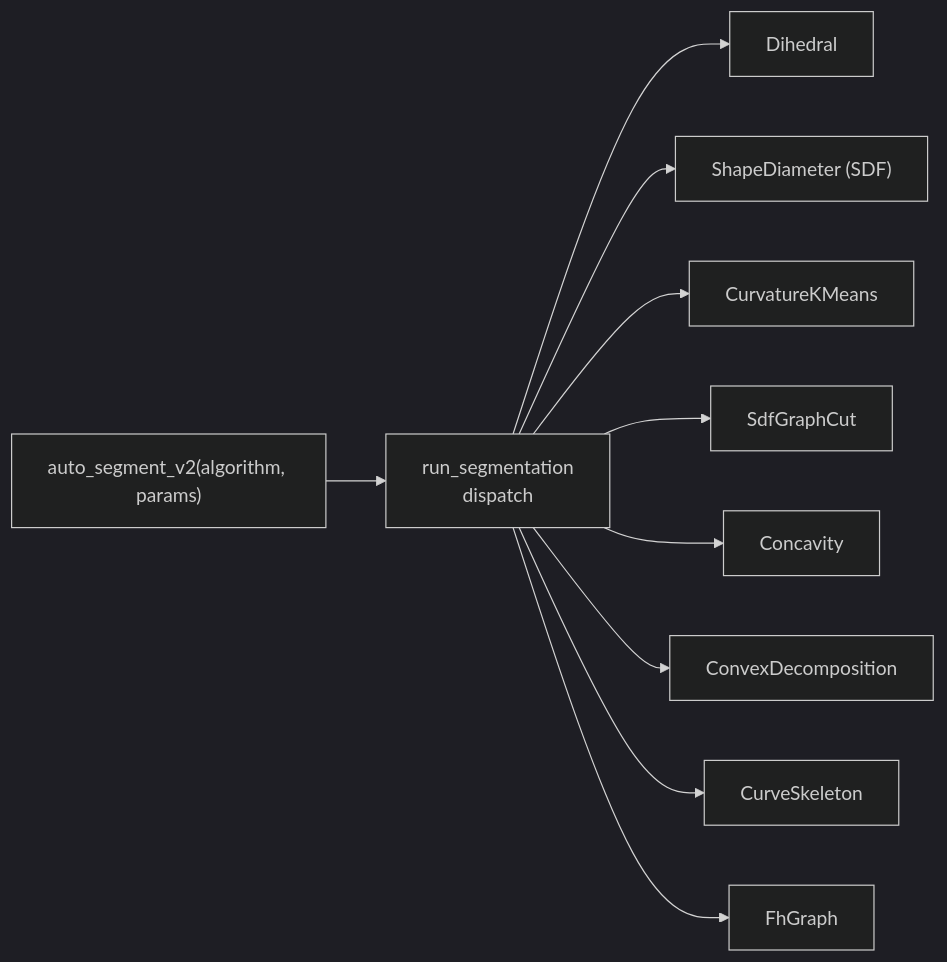
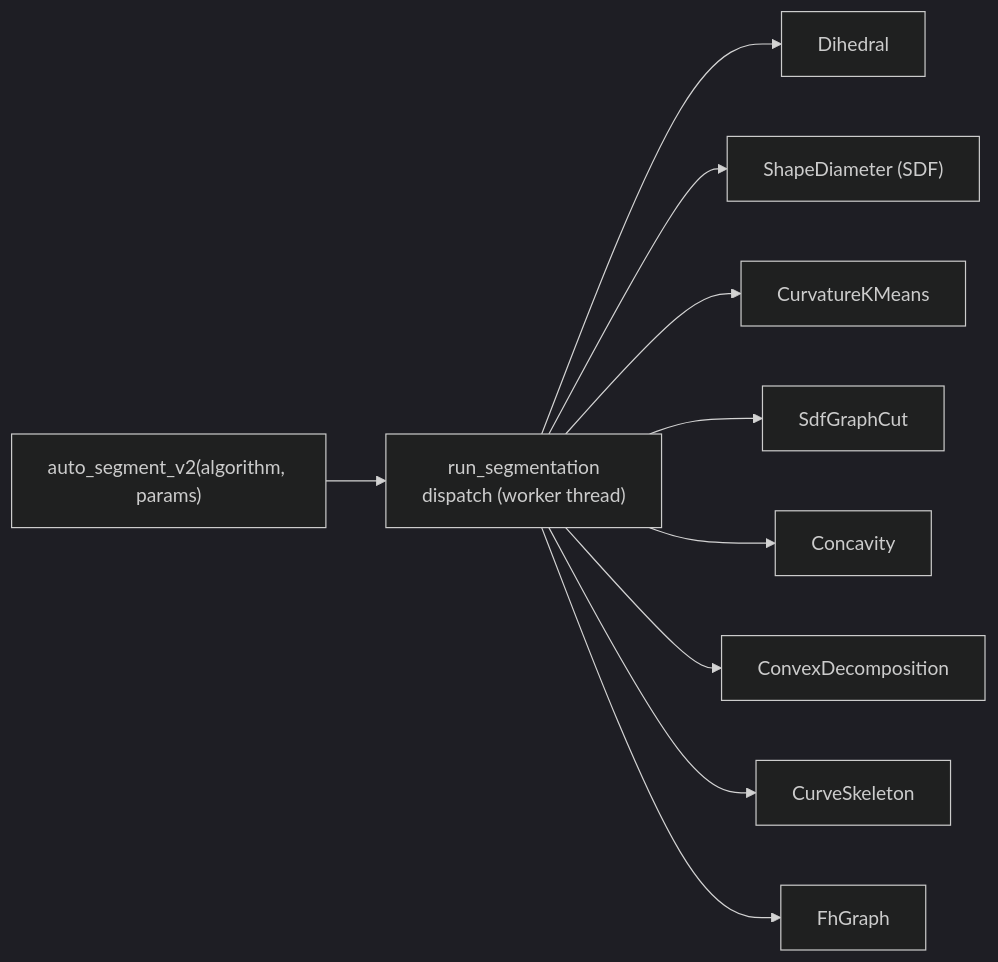
Before and after one commit to ZackaryShen/ColorYourModel: the second of 2 diagrams in docs/algorithms/segmentation.md, drawn with Mermaid (dark theme). The commit also changed other lines of this file and 46 other files, not shown here.

````diff
--- a/docs/algorithms/segmentation.md
+++ b/docs/algorithms/segmentation.md
@@ -22,6 +41,6 @@
 ```mermaid
 flowchart LR
-    IN["auto_segment_v2(algorithm, params)"] --> D["run_segmentation<br/>dispatch"]
+    IN["auto_segment_v2(algorithm, params)"] --> D["run_segmentation<br/>dispatch (worker thread)"]
     D --> A1["Dihedral"] & A2["ShapeDiameter (SDF)"] & A3["CurvatureKMeans"] & A4["SdfGraphCut"]
     D --> A5["Concavity"] & A6["ConvexDecomposition"] & A7["CurveSkeleton"] & A8["FhGraph"]
 ```
````
